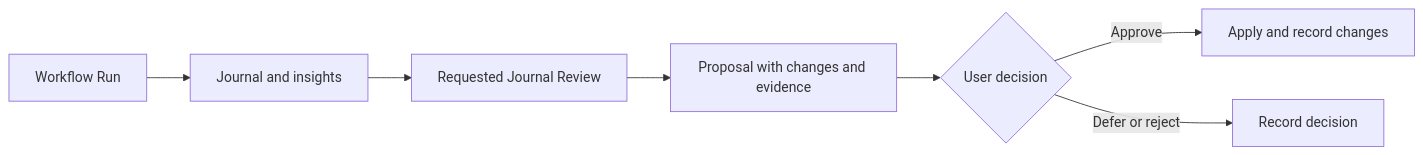
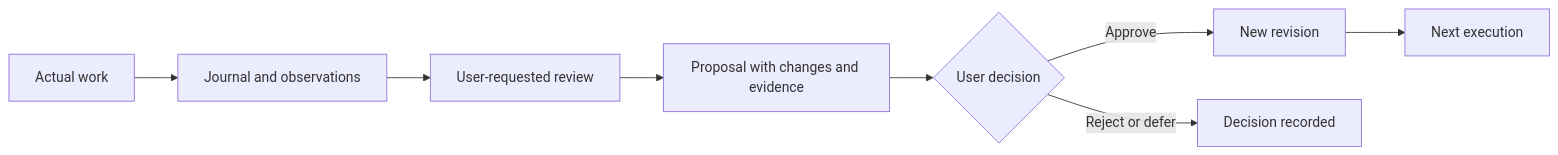
The fourth of 4 diagrams in README.md (Memoria-ll/agent-asset-control-layer-personal), drawn with Mermaid before and after one commit. The commit also changed other lines of this file and 1 other file, not shown here.

````diff
--- a/README.md
+++ b/README.md
@@ -182,9 +83,10 @@
 ```mermaid
 flowchart LR
-    Run[Workflow Run] --> Journal[Journal and insights]
-    Journal --> Review[Requested Journal Review]
+    Work[Actual work] --> Journal[Journal and observations]
+    Journal --> Review[User-requested review]
     Review --> Proposal[Proposal with changes and evidence]
     Proposal --> Decision{User decision}
-    Decision -->|Approve| Apply[Apply and record changes]
-    Decision -->|Defer or reject| Record[Record decision]
+    Decision -->|Approve| Revision[New revision]
+    Decision -->|Reject or defer| History[Decision recorded]
+    Revision --> Next[Next execution]
 ```
````
